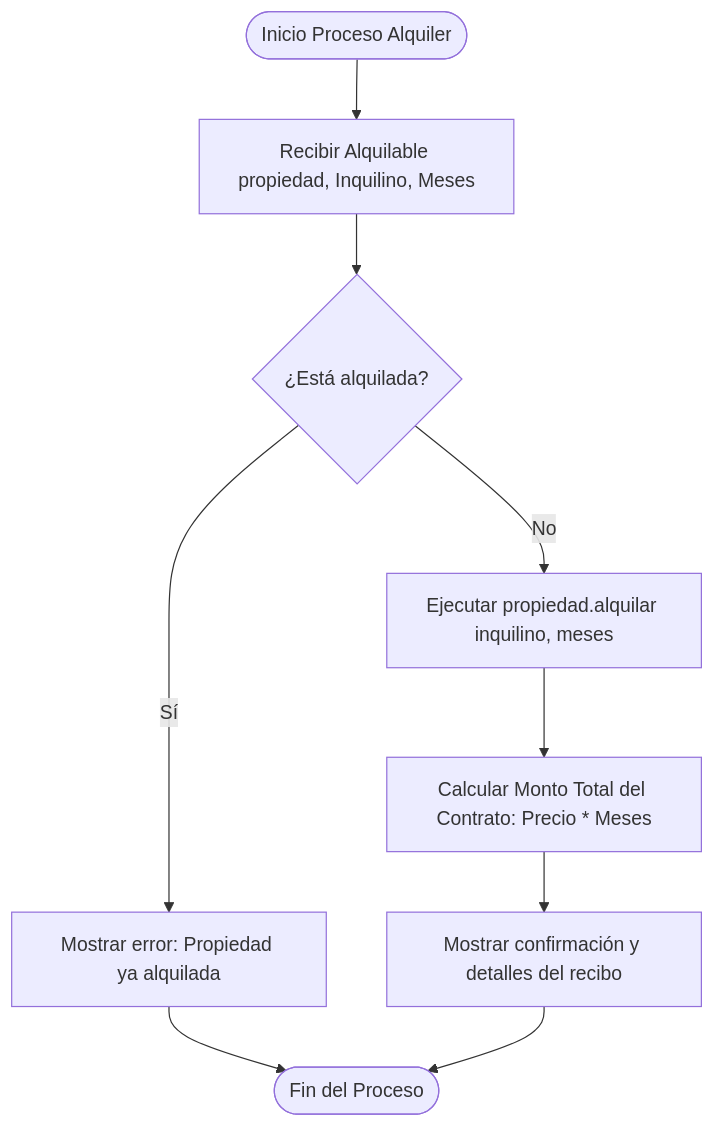
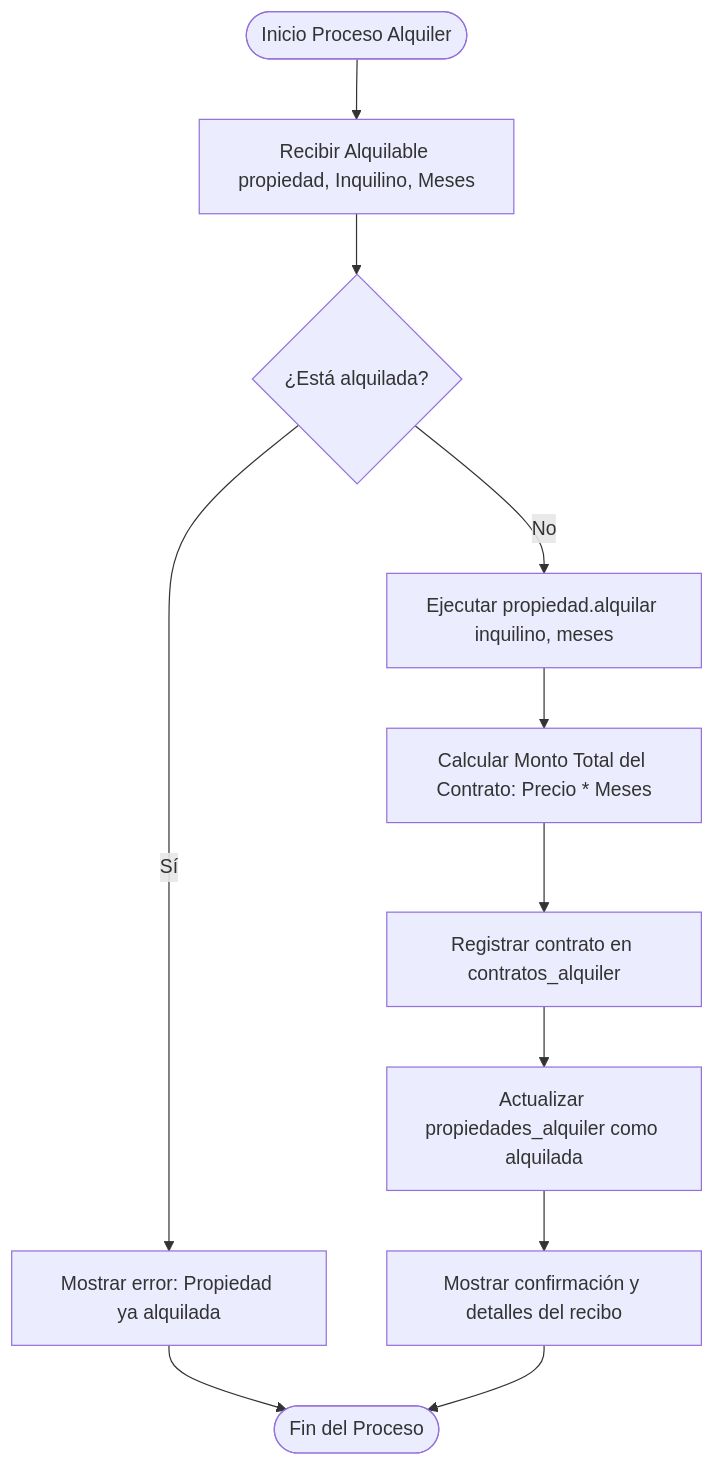
The third of 5 diagrams in src/main/java/org/example/informe_lsp.md (candelabp/tp3-progAvanzada), drawn with Mermaid before and after one commit. The commit also changed other lines of this file, not shown here.

````diff
--- a/src/main/java/org/example/informe_lsp.md
+++ b/src/main/java/org/example/informe_lsp.md
@@ -288,11 +328,13 @@
 ```mermaid
 flowchart TD
     A([Inicio Proceso Alquiler]) --> B[Recibir Alquilable propiedad, Inquilino, Meses]
     B --> C{¿Está alquilada?}
     C -- Sí --> D[Mostrar error: Propiedad ya alquilada]
     D --> Z([Fin del Proceso])
     C -- No --> E[Ejecutar propiedad.alquilar inquilino, meses]
     E --> F[Calcular Monto Total del Contrato: Precio * Meses]
-    F --> G[Mostrar confirmación y detalles del recibo]
-    G --> Z
+    F --> G[Registrar contrato en contratos_alquiler]
+    G --> H[Actualizar propiedades_alquiler como alquilada]
+    H --> I[Mostrar confirmación y detalles del recibo]
+    I --> Z
 ```
````
